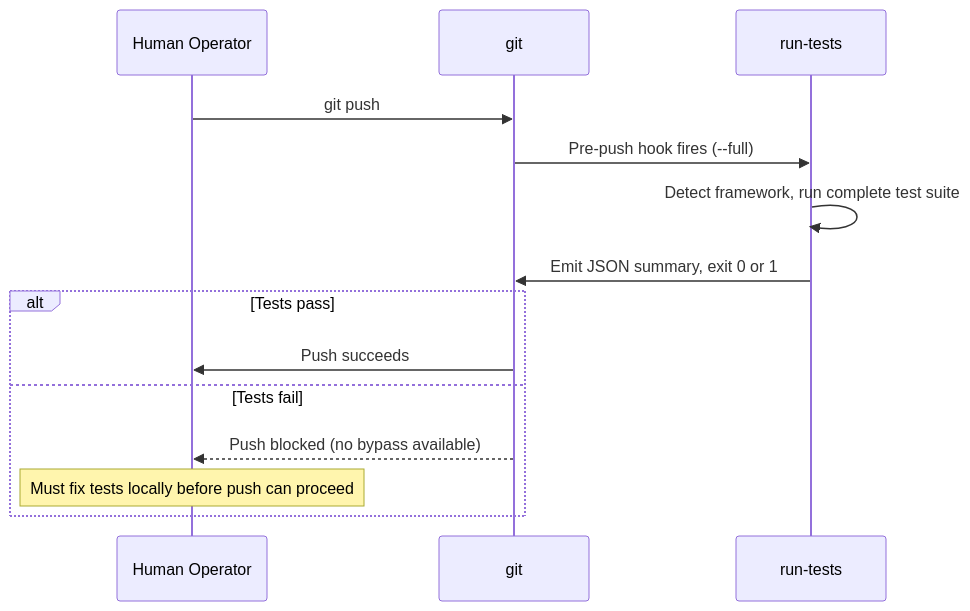
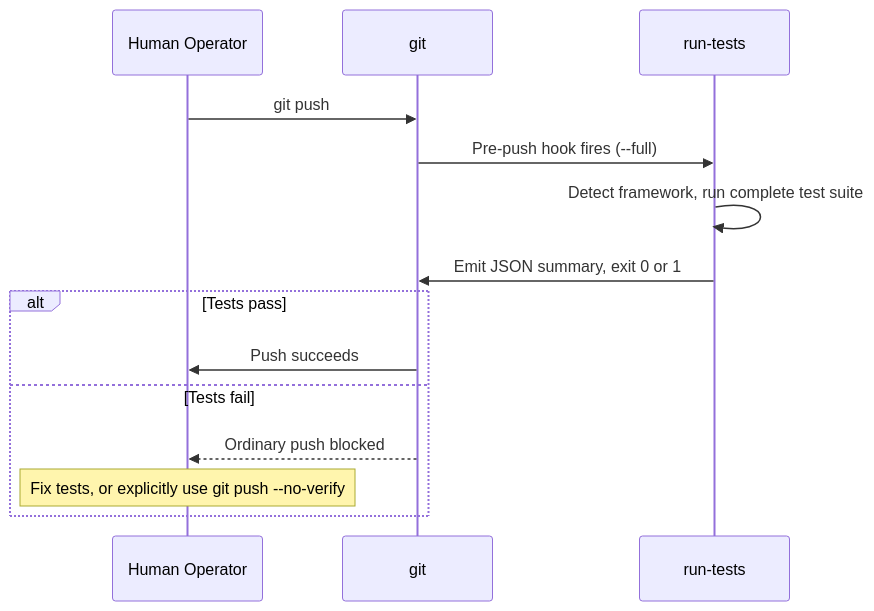
Before and after one commit to matthiasdaues/agent_factory: the second of 5 diagrams in docs/06_runtime_view.md, drawn with Mermaid. The commit also changed other lines of this file and 28 other files, not shown here.

````diff
--- a/docs/06_runtime_view.md
+++ b/docs/06_runtime_view.md
@@ -48,17 +48,17 @@
 ```mermaid
 sequenceDiagram
     participant H as Human Operator
     participant G as git
     participant RT as run-tests
 
     H->>G: git push
     G->>RT: Pre-push hook fires (--full)
     RT->>RT: Detect framework, run complete test suite
     RT->>G: Emit JSON summary, exit 0 or 1
     alt Tests pass
         G->>H: Push succeeds
     else Tests fail
-        G-->>H: Push blocked (no bypass available)
-        Note over H: Must fix tests locally before push can proceed
+        G-->>H: Ordinary push blocked
+        Note over H: Fix tests, or explicitly use git push --no-verify
     end
 ```
````
